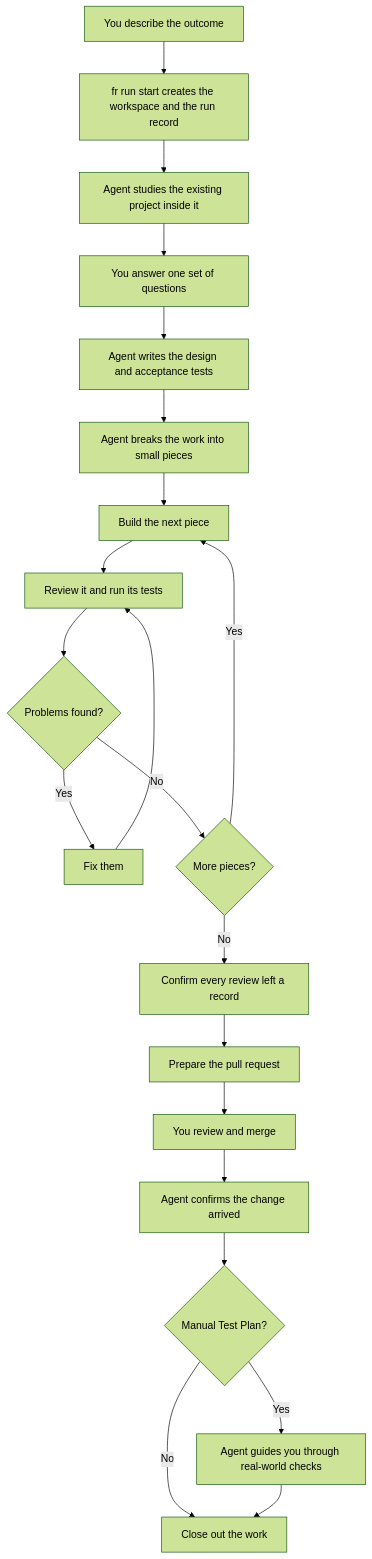
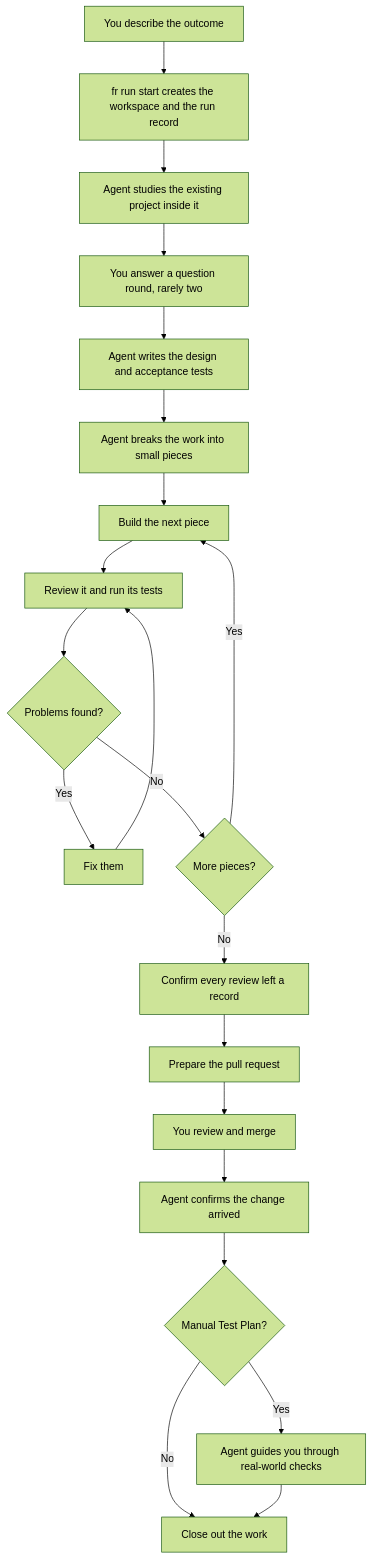
Before and after one commit to derio-net/super-fr: the first of 2 diagrams in docs/explainers/01-fr-goal.md, drawn with Mermaid (forest theme). The commit also changed other lines of this file and 44 other files, not shown here.

First line of the commit message:
fr-goal: brainstorm questions sized to the feature, with an optional announced second round (#689)

````diff
--- a/docs/explainers/01-fr-goal.md
+++ b/docs/explainers/01-fr-goal.md
@@ -77,23 +77,23 @@
 ```mermaid
 flowchart TD
     A[You describe the outcome] --> X[fr run start creates the workspace and the run record]
     X --> B[Agent studies the existing project inside it]
-    B --> C[You answer one set of questions]
+    B --> C[You answer a question round, rarely two]
     C --> D[Agent writes the design and acceptance tests]
     D --> E[Agent breaks the work into small pieces]
     E --> F[Build the next piece]
     F --> G[Review it and run its tests]
     G --> H{Problems found?}
     H -->|Yes| I[Fix them]
     I --> G
     H -->|No| J{More pieces?}
     J -->|Yes| F
     J -->|No| K0[Confirm every review left a record]
     K0 --> K[Prepare the pull request]
     K --> L[You review and merge]
     L --> M[Agent confirms the change arrived]
     M --> N{Manual Test Plan?}
     N -->|Yes| O[Agent guides you through real-world checks]
     N -->|No| P[Close out the work]
     O --> P
 ```
````
